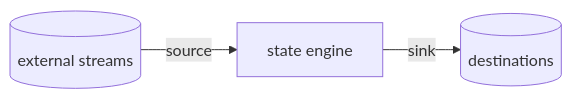
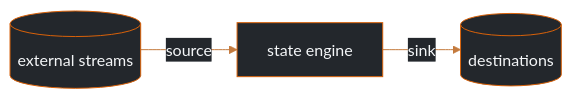
Before and after one commit to stablekernel/crucible: the first of 4 diagrams in README.md, drawn with Mermaid. The commit also changed other lines of this file and 2 other files, not shown here.

Commit message:
docs: centralized crucible-themed mermaid diagrams

````diff
--- a/README.md
+++ b/README.md
@@ -49,5 +55,6 @@
 ```mermaid
+%%{init: {'theme':'base','themeVariables':{'darkMode':true,'background':'#16191d','primaryColor':'#23272c','primaryBorderColor':'#d9620a','primaryTextColor':'#f4f6f8','lineColor':'#c47a3d','secondaryColor':'#353b42','secondaryBorderColor':'#c47a3d','tertiaryColor':'#1b1f24','tertiaryBorderColor':'#2b3036','mainBkg':'#23272c','nodeBorder':'#d9620a','nodeTextColor':'#f4f6f8','clusterBkg':'#1b1f24','clusterBorder':'#c47a3d','titleColor':'#f6a85b','edgeLabelBackground':'#23272c','labelColor':'#f4f6f8','altBackground':'#353b42','textColor':'#f4f6f8'}}}%%
 flowchart LR
     streams[(external streams)] -->|source| engine[state engine]
     engine -->|sink| destinations[(destinations)]
 ```
````
